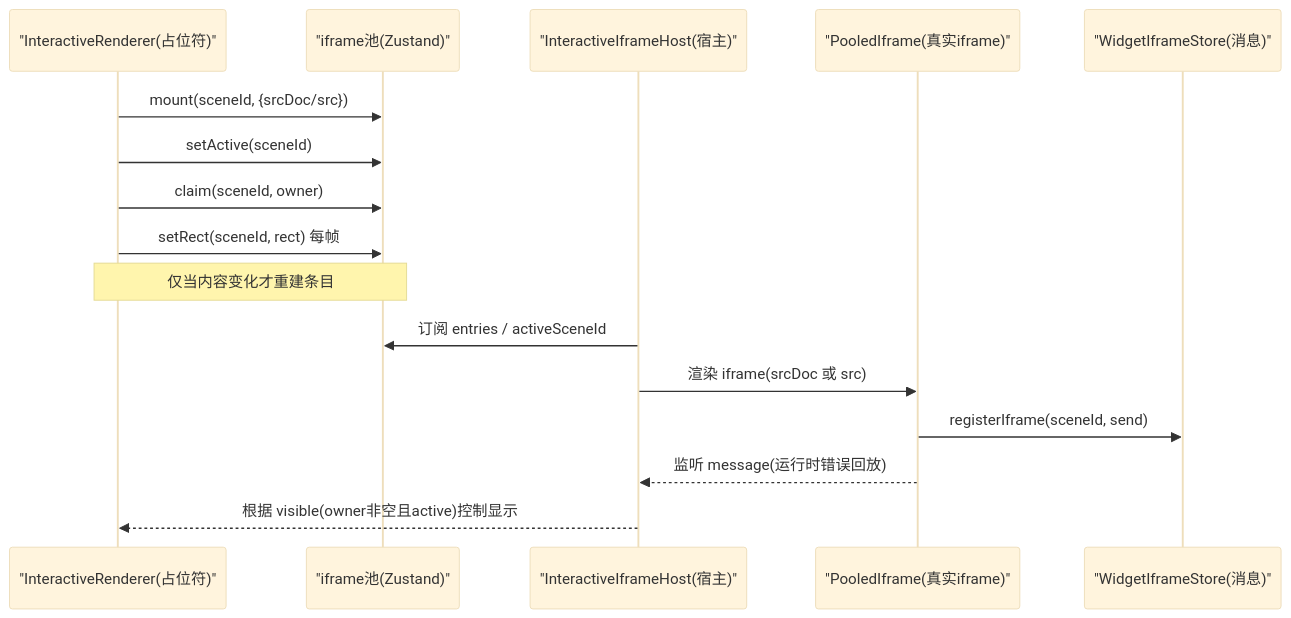
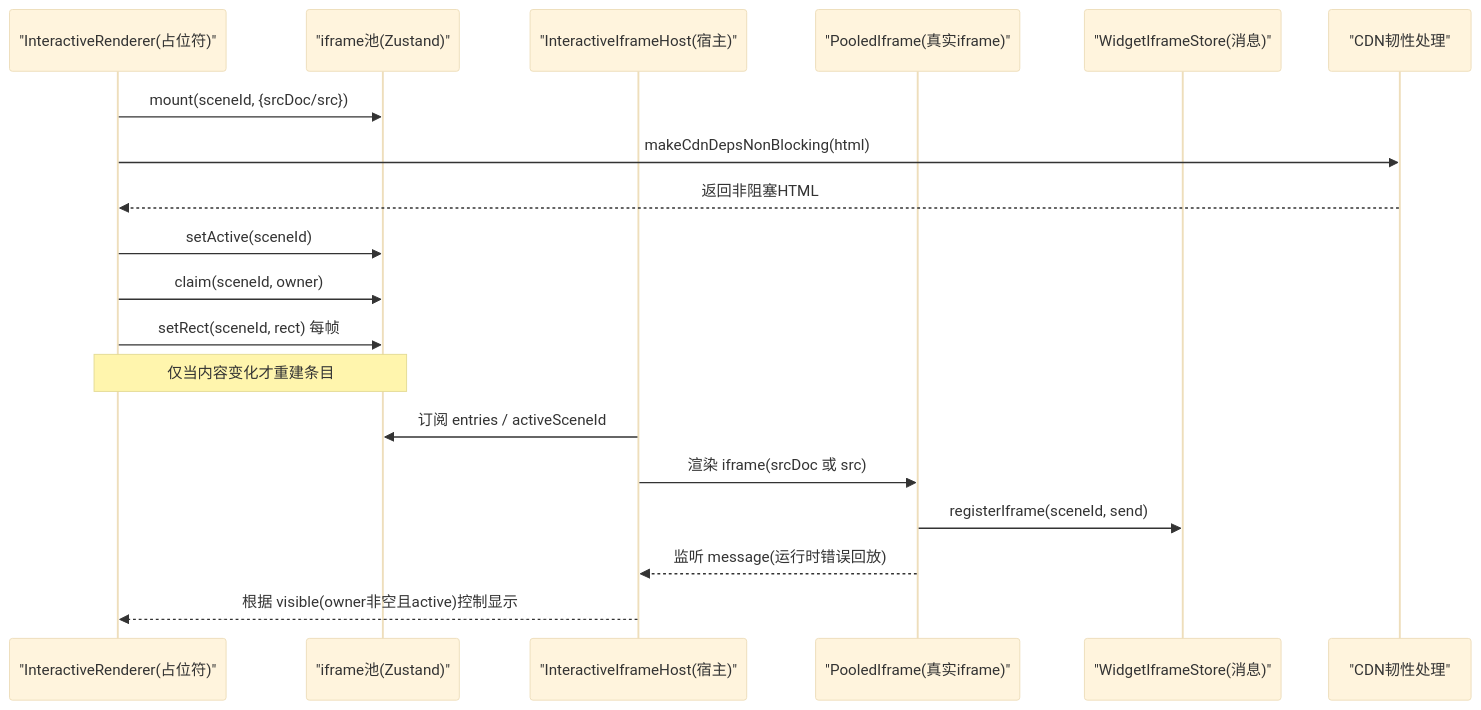
The first of 8 diagrams in .qoder/repowiki/zh/content/UI 组件系统/场景渲染组件/交互式内容渲染器.md (huangboheng/OpenMAIC), drawn with Mermaid (base theme) before and after one commit. The commit also changed other lines of this file and 43 other files, not shown here.

````diff
--- a/.qoder/repowiki/zh/content/UI 组件系统/场景渲染组件/交互式内容渲染器.md
+++ b/.qoder/repowiki/zh/content/UI 组件系统/场景渲染组件/交互式内容渲染器.md
@@ -31,18 +43,21 @@
 ```mermaid
 sequenceDiagram
 participant R as "InteractiveRenderer(占位符)"
 participant Pool as "iframe池(Zustand)"
 participant Host as "InteractiveIframeHost(宿主)"
 participant IFrame as "PooledIframe(真实iframe)"
 participant Msg as "WidgetIframeStore(消息)"
+participant CDN as "CDN韧性处理"
 R->>Pool : mount(sceneId, {srcDoc/src})
+R->>CDN : makeCdnDepsNonBlocking(html)
+CDN-->>R : 返回非阻塞HTML
 R->>Pool : setActive(sceneId)
 R->>Pool : claim(sceneId, owner)
 R->>Pool : setRect(sceneId, rect) 每帧
 Note over R,Pool : 仅当内容变化才重建条目
 Host->>Pool : 订阅 entries / activeSceneId
 Host->>IFrame : 渲染 iframe(srcDoc 或 src)
 IFrame->>Msg : registerIframe(sceneId, send)
 IFrame-->>Host : 监听 message(运行时错误回放)
 Host-->>R : 根据 visible(owner非空且active)控制显示
 ```
````
